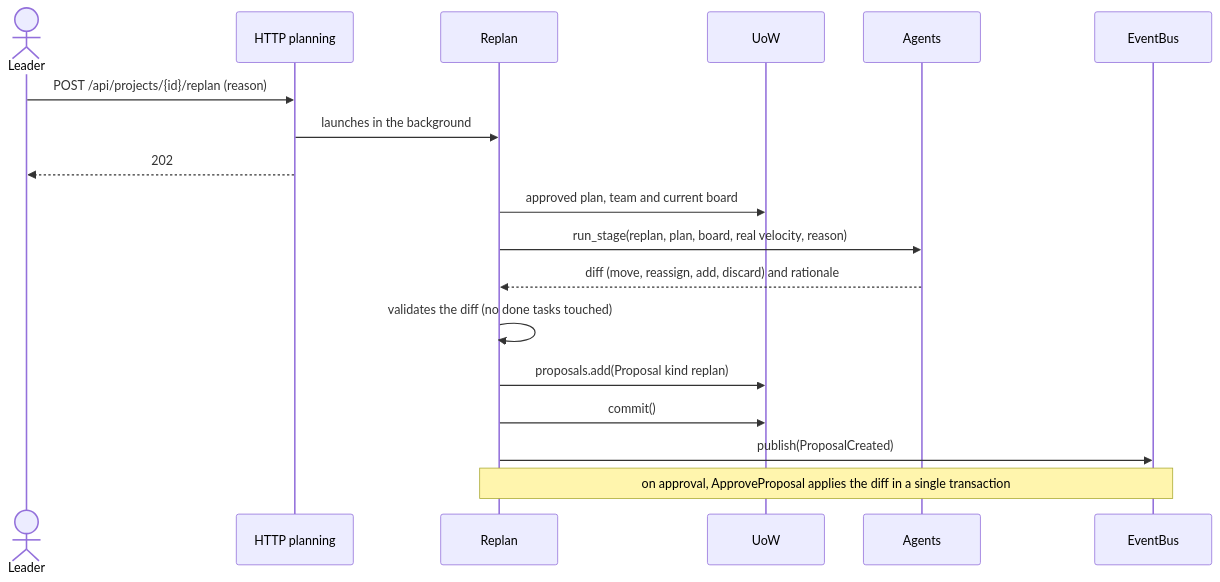
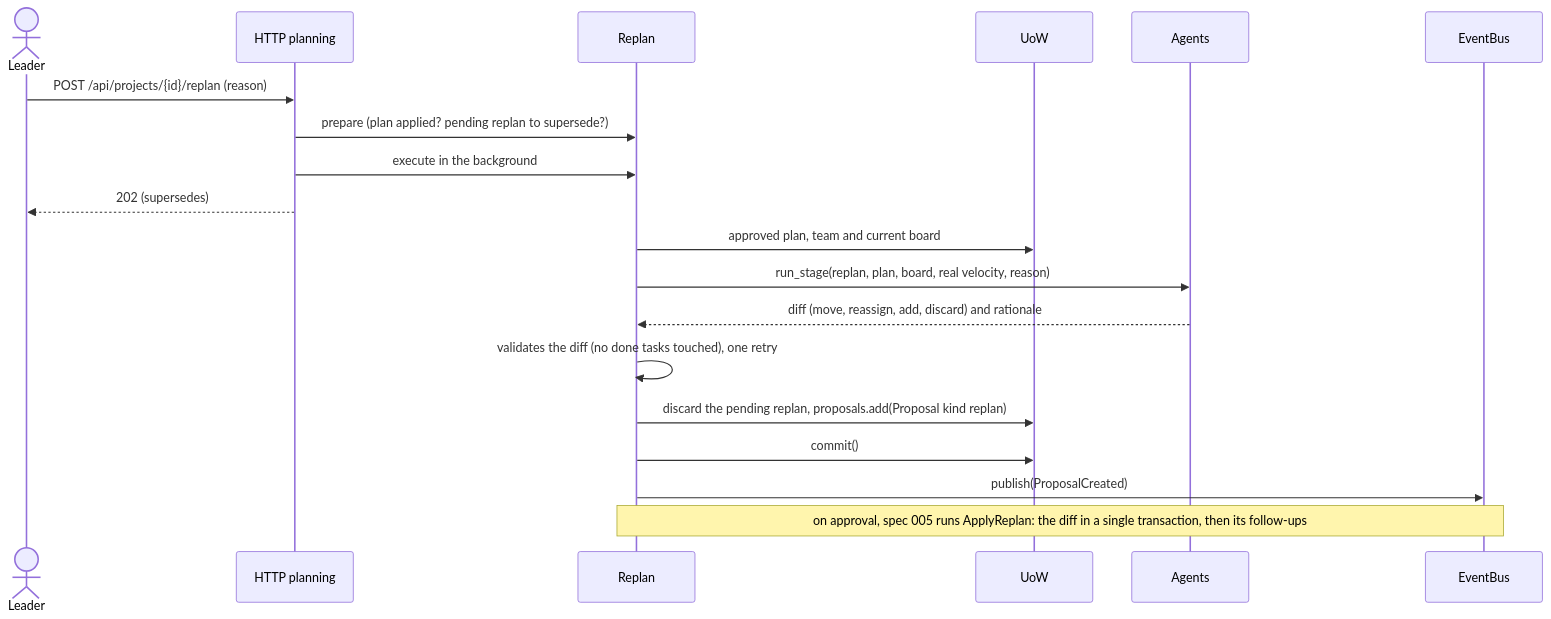
One commit to Mitchz01/TransparencIA changed diagram 17 of 18 in plan/use-cases.md. Above: the diagram before and after it, drawn with Mermaid. The commit also changed other lines of this file and 12 other files, not shown here.

````diff
--- a/plan/use-cases.md
+++ b/plan/use-cases.md
@@ -579,21 +580,22 @@
 ```mermaid
 sequenceDiagram
     actor L as Leader
     participant HTTP as HTTP planning
     participant UC as Replan
     participant UoW
     participant AG as Agents
     participant Bus as EventBus
 
     L->>HTTP: POST /api/projects/{id}/replan (reason)
-    HTTP->>UC: launches in the background
-    HTTP-->>L: 202
+    HTTP->>UC: prepare (plan applied? pending replan to supersede?)
+    HTTP->>UC: execute in the background
+    HTTP-->>L: 202 (supersedes)
     UC->>UoW: approved plan, team and current board
     UC->>AG: run_stage(replan, plan, board, real velocity, reason)
     AG-->>UC: diff (move, reassign, add, discard) and rationale
-    UC->>UC: validates the diff (no done tasks touched)
-    UC->>UoW: proposals.add(Proposal kind replan)
+    UC->>UC: validates the diff (no done tasks touched), one retry
+    UC->>UoW: discard the pending replan, proposals.add(Proposal kind replan)
     UC->>UoW: commit()
     UC->>Bus: publish(ProposalCreated)
-    Note over UC,Bus: on approval, ApproveProposal applies the diff in a single transaction
+    Note over UC,Bus: on approval, spec 005 runs ApplyReplan: the diff in a single transaction, then its follow-ups
 ```
````
